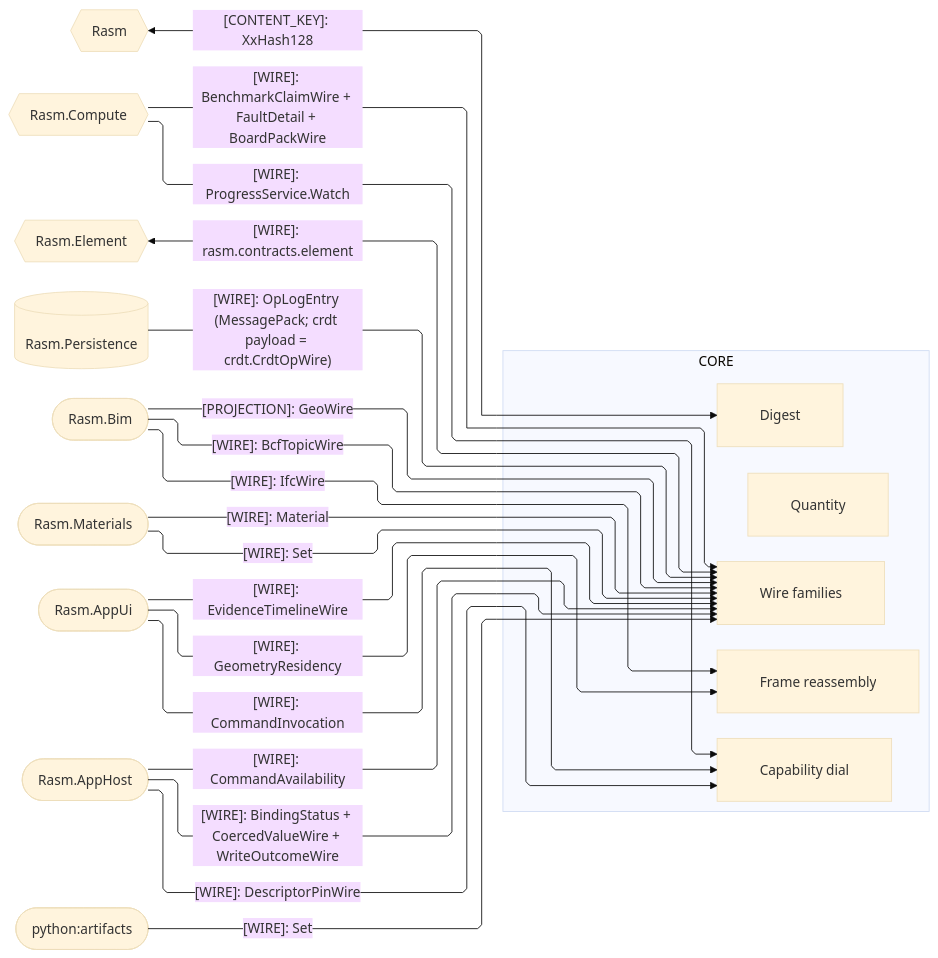
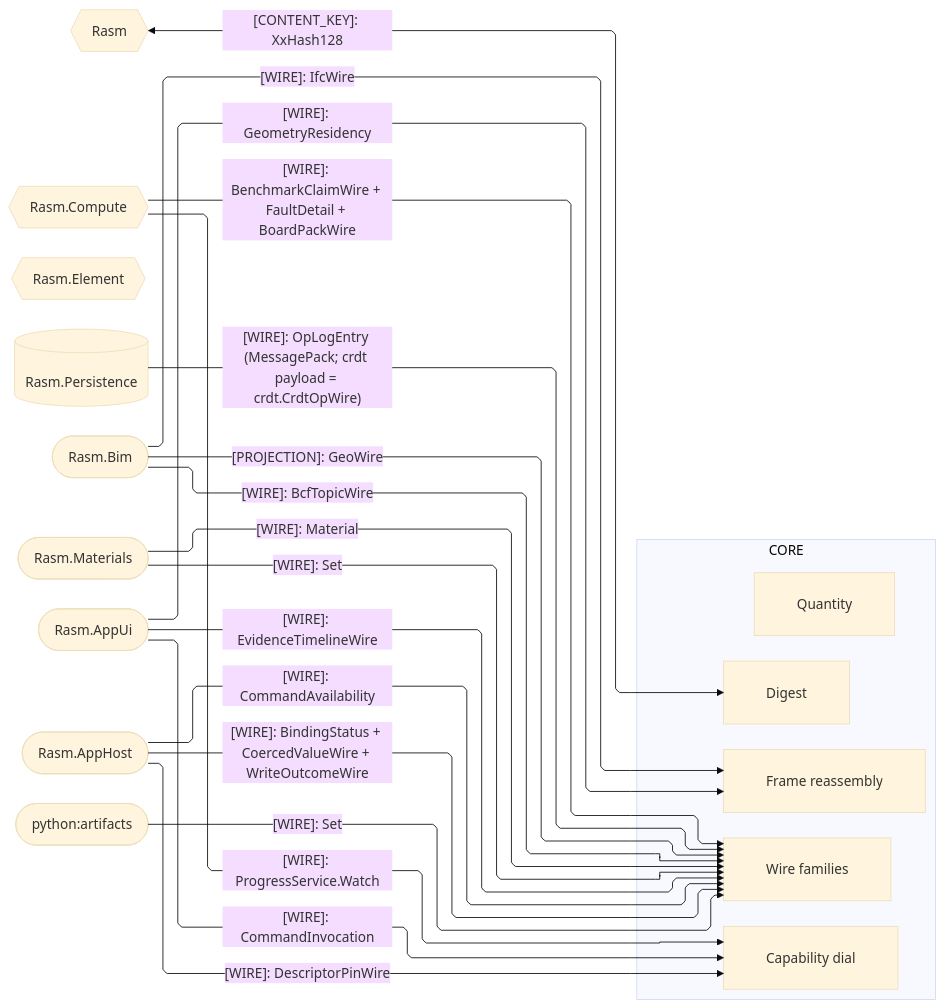
One commit to bsamiee/Rasm changed the second of 4 diagrams in libs/typescript/core/ARCHITECTURE.md. Above: the diagram before and after it, drawn with Mermaid (base theme). The commit also changed 616 other files, not shown here.

````diff
--- a/libs/typescript/core/ARCHITECTURE.md
+++ b/libs/typescript/core/ARCHITECTURE.md
@@ -125,45 +125,44 @@
 ```mermaid
 ---
 config:
   layout: elk
   flowchart:
     curve: linear
     padding: 25
 ---
 flowchart LR
     accTitle: Core wire-plane seam registry
     accDescr: Wire, Frame, and Invoke admit peer-owned contracts; every external edge preserves its producer spelling.
     subgraph core[CORE]
         Digest[Digest]
         Quantity[Quantity]
         Wire[Wire families]
         Frame[Frame reassembly]
         Invoke[Capability dial]
     end
     Rasm{{Rasm}}
     Compute{{Rasm.Compute}}
     Element{{Rasm.Element}}
     Persistence[(Rasm.Persistence)]
     Bim([Rasm.Bim])
     Materials([Rasm.Materials])
     AppUi([Rasm.AppUi])
     AppHost([Rasm.AppHost])
     Artifacts([python:artifacts])
     Rasm e1@<-->|"[CONTENT_KEY]: XxHash128"| Digest
     Compute e2@-->|"[WIRE]: BenchmarkClaimWire + FaultDetail + BoardPackWire"| Wire
     Compute e21@-->|"[WIRE]: ProgressService.Watch"| Invoke
-    Element e3@<-->|"[WIRE]: rasm.contracts.element"| Wire
     Persistence e4@-->|"[WIRE]: OpLogEntry (MessagePack; crdt payload = crdt.CrdtOpWire)"| Wire
     Bim e6@-->|"[WIRE]: IfcWire"| Frame
     Bim e7@-->|"[WIRE]: BcfTopicWire"| Wire
     Materials e9@-->|"[WIRE]: Material"| Wire
     Materials e10@-->|"[WIRE]: Set"| Wire
     Artifacts e11@-->|"[WIRE]: Set"| Wire
     AppUi e12@-->|"[WIRE]: CommandInvocation"| Invoke
     AppUi e13@-->|"[WIRE]: GeometryResidency"| Frame
     AppUi e14@-->|"[WIRE]: EvidenceTimelineWire"| Wire
     AppHost e15@-->|"[WIRE]: DescriptorPinWire"| Invoke
     AppHost e17@-->|"[WIRE]: CommandAvailability"| Wire
     AppHost e18@-->|"[WIRE]: BindingStatus + CoercedValueWire + WriteOutcomeWire"| Wire
     Bim e20@-->|"[PROJECTION]: GeoWire"| Wire
 ```
````
